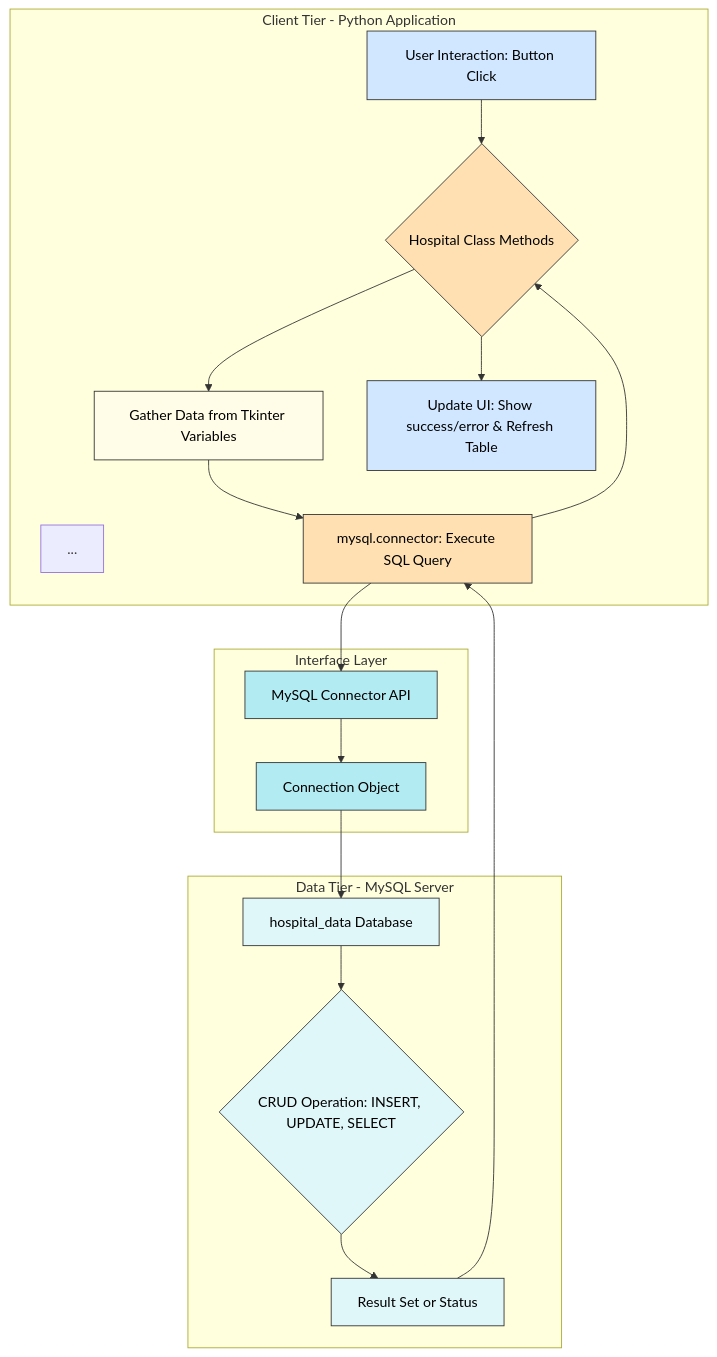
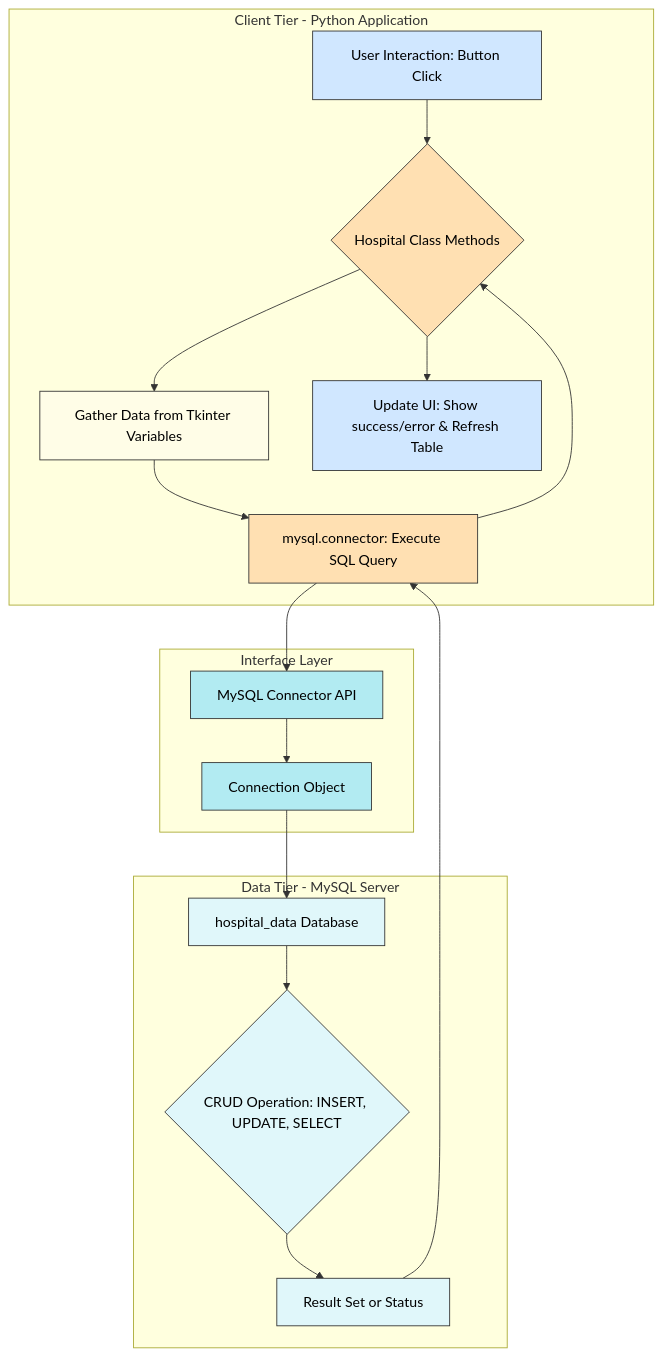
Before and after one commit to AbhishekTadaskar/Hospital-Management-System-tkinter-mysql: the diagram in README.md, drawn with Mermaid.

````diff
--- a/README.md
+++ b/README.md
@@ -9,53 +9,54 @@
 ```mermaid
 graph TD
 
     %% ---------- Client Tier ----------
     subgraph Client_Tier["Client Tier - Python Application"]
-...
+
+
         A[User Interaction: Button Click]
         B{Hospital Class Methods}
         C[Gather Data from Tkinter Variables]
         D[mysql.connector: Execute SQL Query]
         J[Update UI: Show success/error & Refresh Table]
     end
 
     %% ---------- Interface ----------
     subgraph Interface_Layer["Interface Layer"]
         E[MySQL Connector API]
         F[Connection Object]
     end
 
     %% ---------- Data Tier ----------
     subgraph Data_Tier["Data Tier - MySQL Server"]
         G[hospital_data Database]
         H{CRUD Operation: INSERT, UPDATE, SELECT}
         I[Result Set or Status]
     end
 
     %% Flow
     A --> B
     B --> C
     C --> D
     D --> E
     E --> F
     F --> G
     G --> H
     H --> I
     I --> D
     D --> B
     B --> J
 
     %% Styles (with black text)
     style A fill:#D0E7FF,stroke:#333,color:#000
     style J fill:#D0E7FF,stroke:#333,color:#000
     style B fill:#FFE0B2,stroke:#333,color:#000
     style C fill:#FFFDE7,stroke:#333,color:#000
     style D fill:#FFE0B2,stroke:#333,color:#000
     style E fill:#B2EBF2,stroke:#333,color:#000
     style F fill:#B2EBF2,stroke:#333,color:#000
     style G fill:#E0F7FA,stroke:#333,color:#000
     style H fill:#E0F7FA,stroke:#333,color:#000
     style I fill:#E0F7FA,stroke:#333,color:#000
 
 
 ```
````
